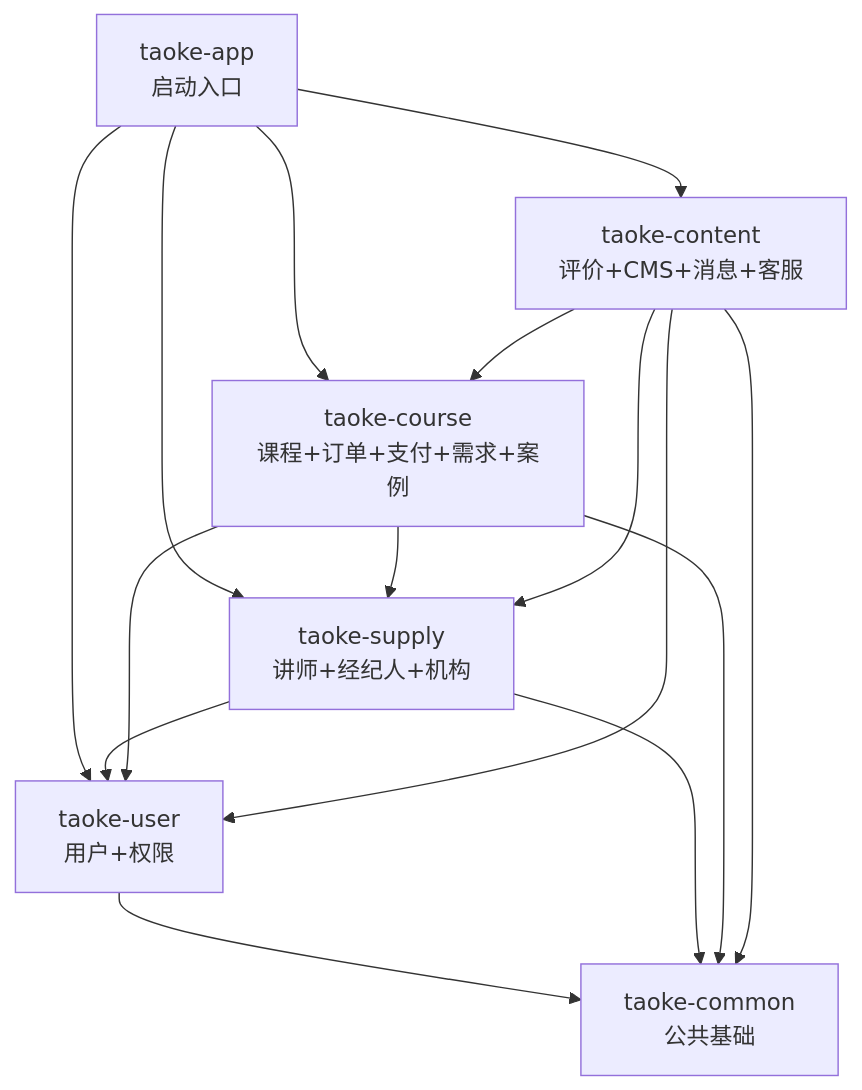
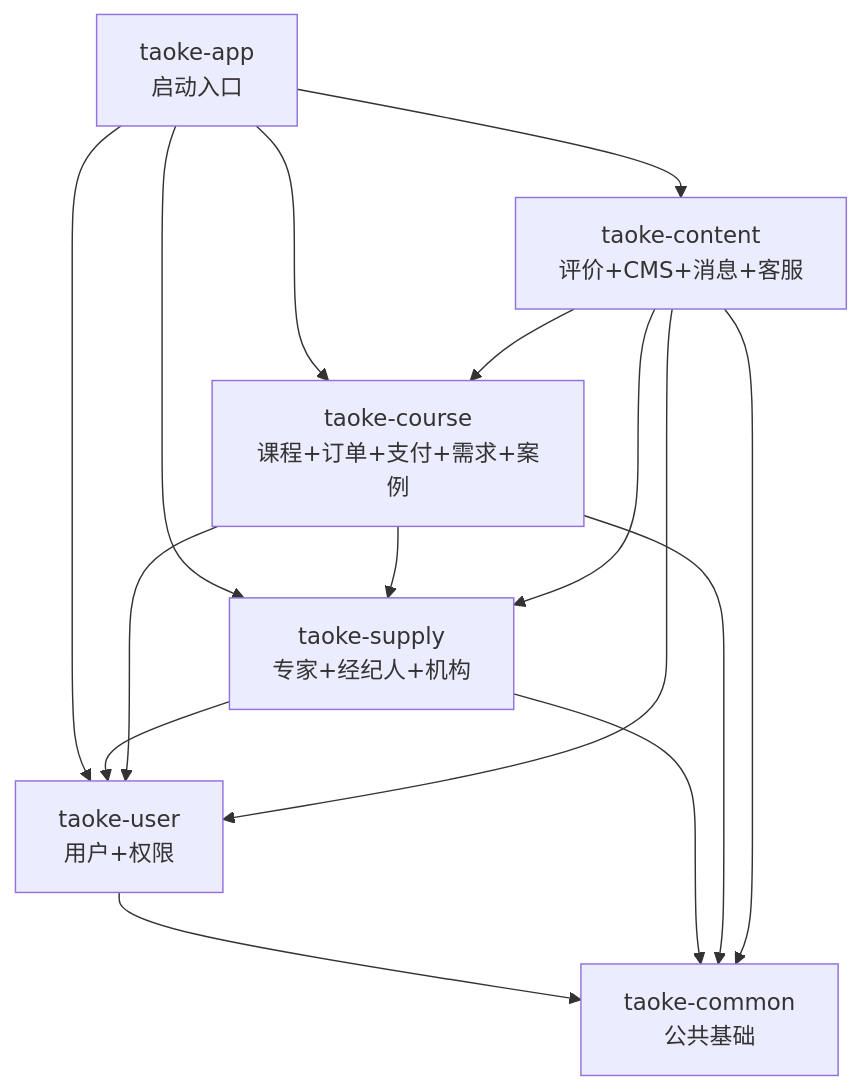
Before and after one commit to zjh1252/taokev2-momo: the diagram in docs/02-架构设计.md, drawn with Mermaid. The commit also changed other lines of this file and 5 other files, not shown here.

````diff
--- a/docs/02-架构设计.md
+++ b/docs/02-架构设计.md
@@ -106,25 +108,25 @@
 ```mermaid
 graph TD
     APP[taoke-app<br/>启动入口]
     COMMON[taoke-common<br/>公共基础]
     USER[taoke-user<br/>用户+权限]
-    SUPPLY[taoke-supply<br/>讲师+经纪人+机构]
+    SUPPLY[taoke-supply<br/>专家+经纪人+机构]
     COURSE[taoke-course<br/>课程+订单+支付+需求+案例]
     CONTENT[taoke-content<br/>评价+CMS+消息+客服]
 
     APP --> USER
     APP --> SUPPLY
     APP --> COURSE
     APP --> CONTENT
 
     USER --> COMMON
     SUPPLY --> COMMON
     SUPPLY --> USER
     COURSE --> COMMON
     COURSE --> USER
     COURSE --> SUPPLY
     CONTENT --> COMMON
     CONTENT --> USER
     CONTENT --> SUPPLY
     CONTENT --> COURSE
 ```
````
